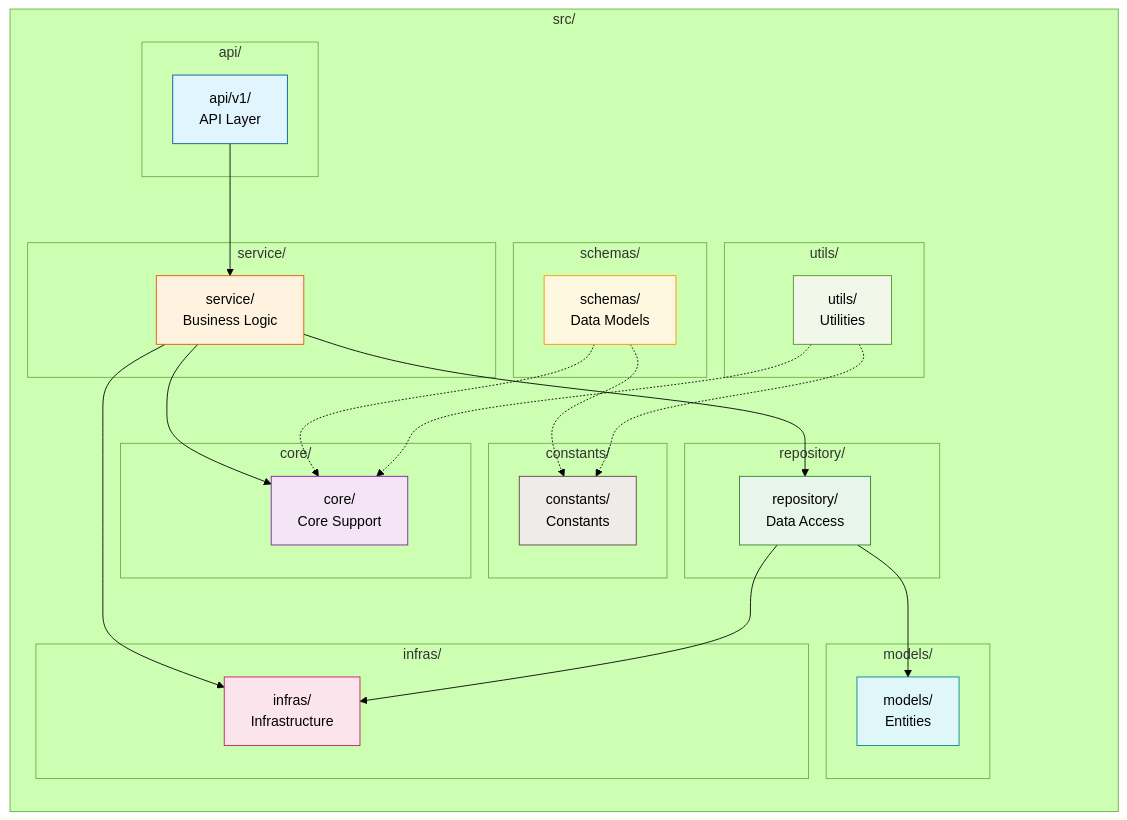
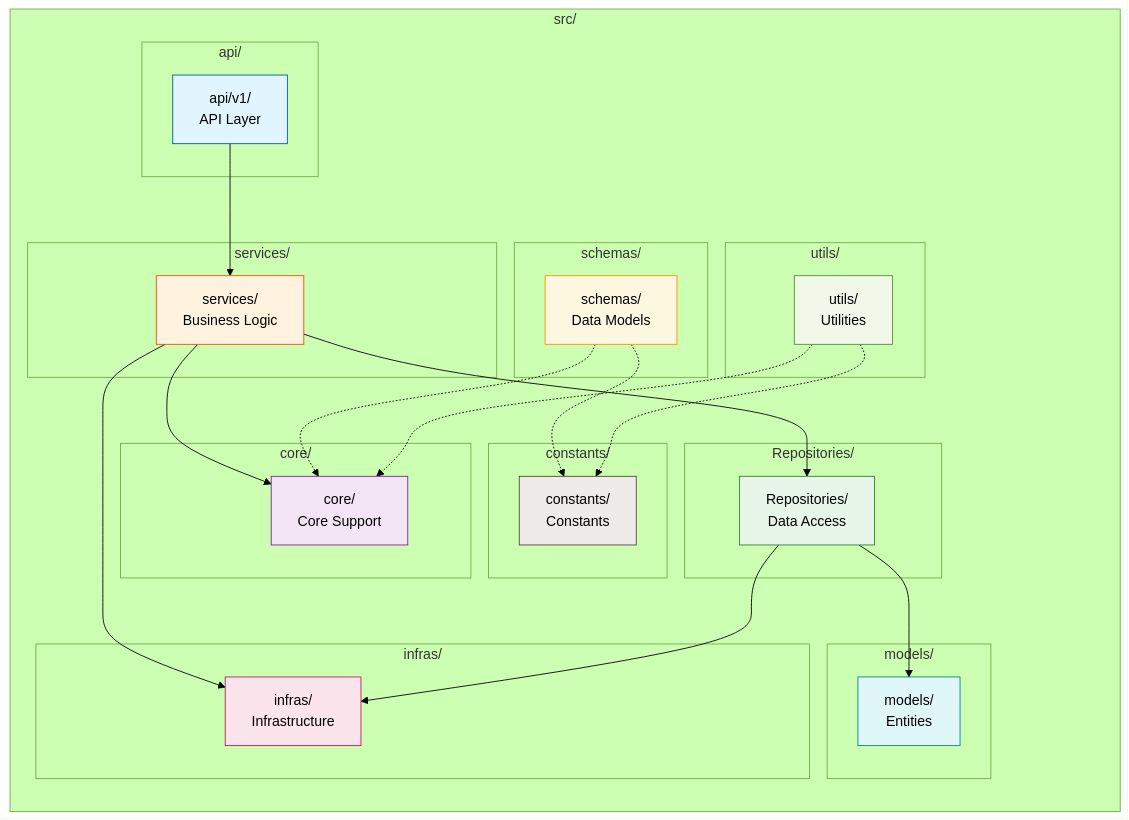
Before and after one commit to chain-engine/x-rag: the third of 4 diagrams in README.en.md, drawn with Mermaid (forest theme). The commit also changed other lines of this file and 16 other files, not shown here.

Commit message:
feat: rename repository and service directories

````diff
--- a/README.en.md
+++ b/README.en.md
@@ -245,64 +248,64 @@
 ```mermaid
 graph LR
     subgraph "src/"
         subgraph "api/"
             API["api/v1/<br/>API Layer"]
         end
         
-        subgraph "service/"
-            SVC["service/<br/>Business Logic"]
+        subgraph "services/"
+            SVC["services/<br/>Business Logic"]
         end
         
-        subgraph "repository/"
-            REPO["repository/<br/>Data Access"]
+        subgraph "Repositories/"
+            REPO["Repositories/<br/>Data Access"]
         end
         
         subgraph "infras/"
             INFRAS["infras/<br/>Infrastructure"]
         end
         
         subgraph "core/"
             CORE["core/<br/>Core Support"]
         end
         
         subgraph "models/"
             MODELS["models/<br/>Entities"]
         end
         
         subgraph "schemas/"
             SCHEMAS["schemas/<br/>Data Models"]
         end
         
         subgraph "constants/"
             CONST["constants/<br/>Constants"]
         end
         
         subgraph "utils/"
             UTILS["utils/<br/>Utilities"]
         end
     end
 
     API --> SVC
     SVC --> REPO
     SVC --> INFRAS
     SVC --> CORE
     
     REPO --> INFRAS
     REPO --> MODELS
     
     SCHEMAS -.-> CORE
     SCHEMAS -.-> CONST
     
     UTILS -.-> CORE
     UTILS -.-> CONST
 
     style API fill:#e1f5fe,stroke:#01579b
     style SVC fill:#fff3e0,stroke:#e65100
     style REPO fill:#e8f5e9,stroke:#2e7d32
     style INFRAS fill:#fce4ec,stroke:#c2185b
     style CORE fill:#f3e5f5,stroke:#7b1fa2
     style MODELS fill:#e0f7fa,stroke:#00838f
     style SCHEMAS fill:#fff8e1,stroke:#ff8f00
     style CONST fill:#efebe9,stroke:#5d4037
     style UTILS fill:#f1f8e9,stroke:#558b2f
 ```
````
